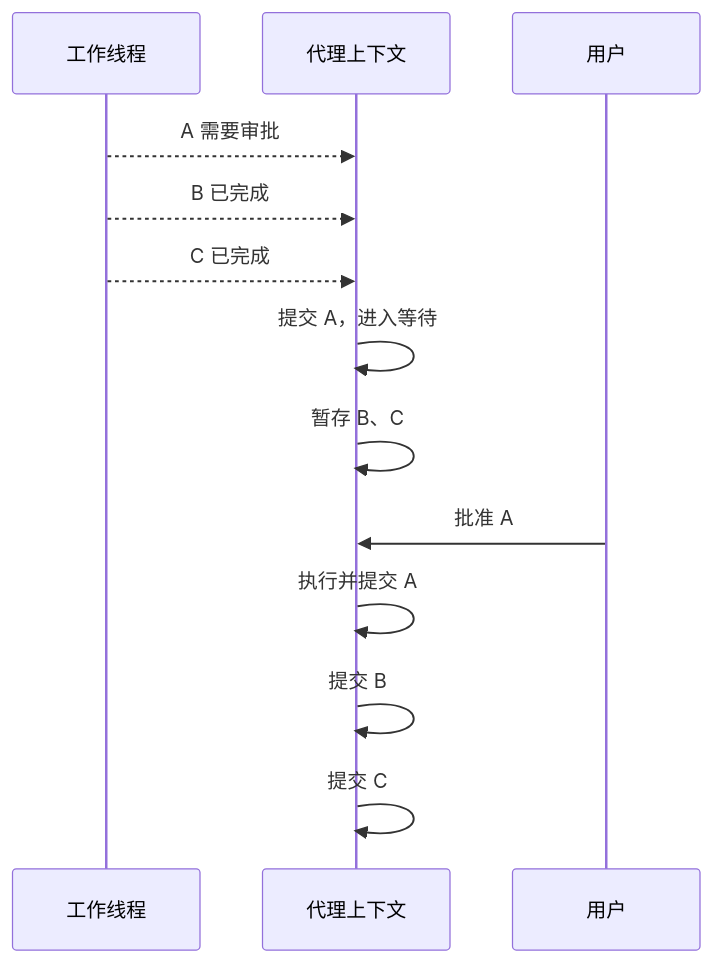
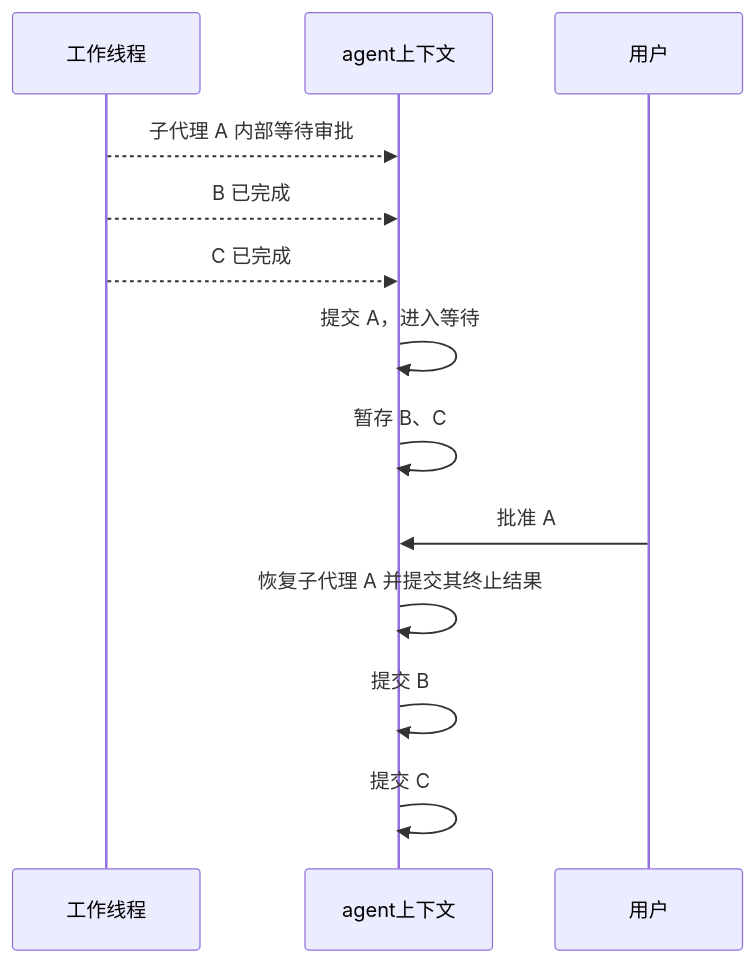
Before and after one commit to Arthur999459up/GitAgent: the ninth of 10 diagrams in docs/01-agent-loop-and-architecture.md, drawn with Mermaid. The commit also changed other lines of this file and 15 other files, not shown here.

````diff
--- a/docs/01-agent-loop-and-architecture.md
+++ b/docs/01-agent-loop-and-architecture.md
@@ -342,16 +343,16 @@
 ```mermaid
 sequenceDiagram
     participant W as 工作线程
-    participant X as 代理上下文
+    participant X as agent上下文
     participant U as 用户
 
-    W-->>X: A 需要审批
+    W-->>X: 子代理 A 内部等待审批
     W-->>X: B 已完成
     W-->>X: C 已完成
     X->>X: 提交 A，进入等待
     X->>X: 暂存 B、C
     U->>X: 批准 A
-    X->>X: 执行并提交 A
+    X->>X: 恢复子代理 A 并提交其终止结果
     X->>X: 提交 B
     X->>X: 提交 C
 ```
````
